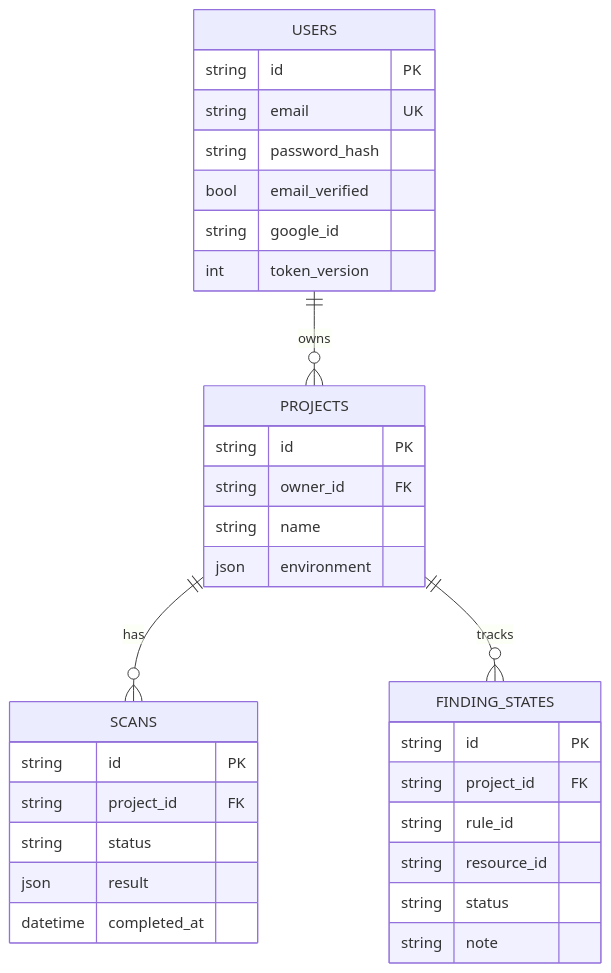
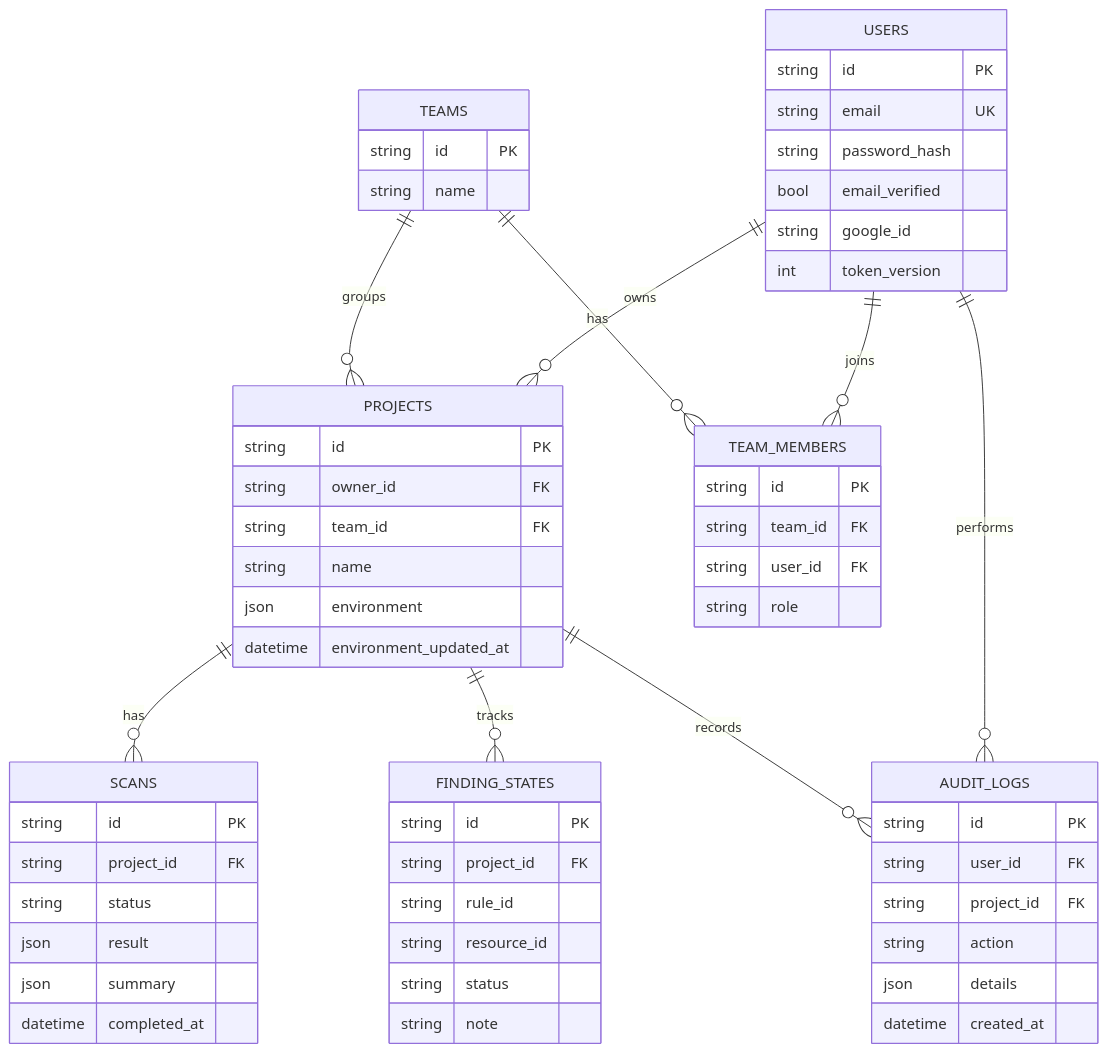
One commit to Aayush0416/CloudTrace changed the diagram in docs/ER.md. Above: the diagram before and after it, drawn with Mermaid. The commit also changed 74 other files, not shown here.

````diff
--- a/docs/ER.md
+++ b/docs/ER.md
@@ -3,10 +3,18 @@
 ```mermaid
 erDiagram
   USERS ||--o{ PROJECTS : owns
+  USERS ||--o{ TEAM_MEMBERS : joins
+  USERS ||--o{ AUDIT_LOGS : performs
+  TEAMS ||--o{ TEAM_MEMBERS : has
+  TEAMS ||--o{ PROJECTS : groups
   PROJECTS ||--o{ SCANS : has
   PROJECTS ||--o{ FINDING_STATES : tracks
+  PROJECTS ||--o{ AUDIT_LOGS : records
   USERS { string id PK string email UK string password_hash bool email_verified string google_id int token_version }
-  PROJECTS { string id PK string owner_id FK string name json environment }
-  SCANS { string id PK string project_id FK string status json result datetime completed_at }
+  TEAMS { string id PK string name }
+  TEAM_MEMBERS { string id PK string team_id FK string user_id FK string role }
+  PROJECTS { string id PK string owner_id FK string team_id FK string name json environment datetime environment_updated_at }
+  SCANS { string id PK string project_id FK string status json result json summary datetime completed_at }
   FINDING_STATES { string id PK string project_id FK string rule_id string resource_id string status string note }
+  AUDIT_LOGS { string id PK string user_id FK string project_id FK string action json details datetime created_at }
 ```
````
